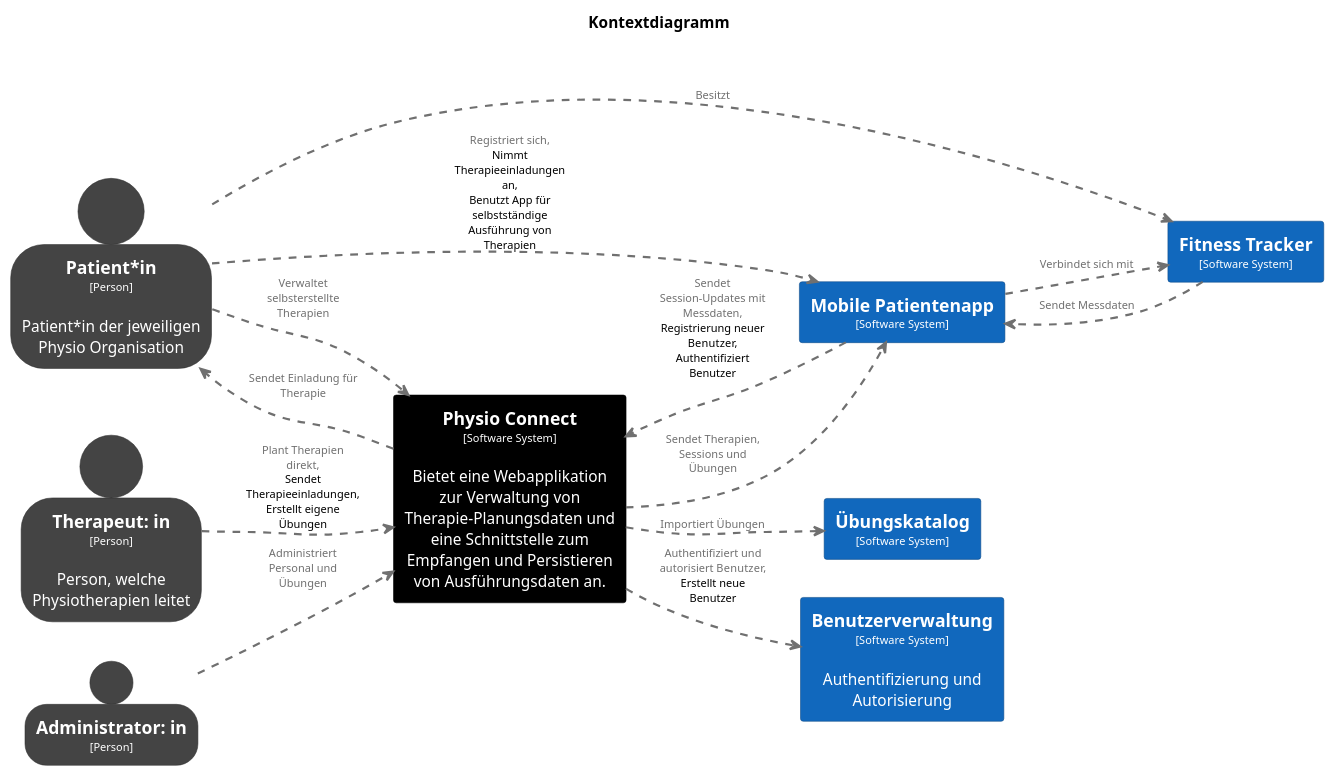
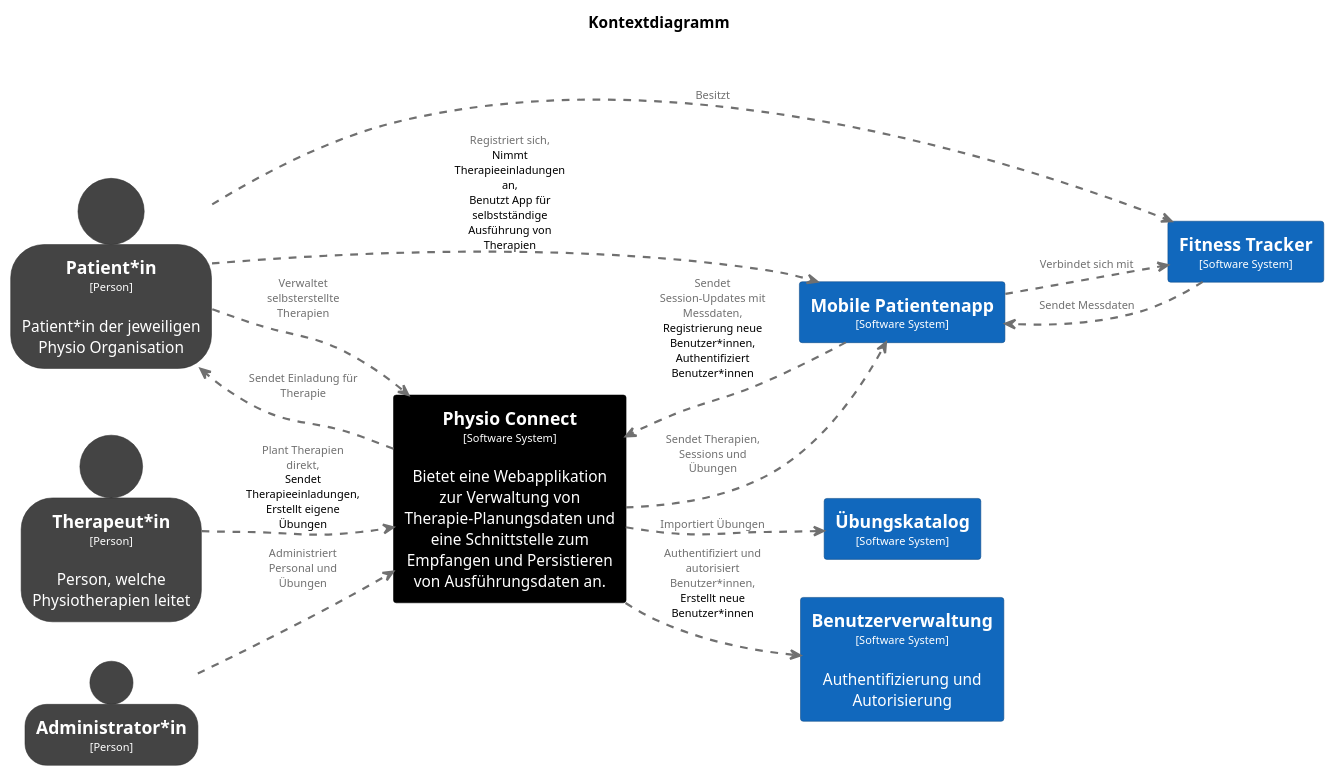
The diagram in arc42_documentation/additional_diagrams/context_diagram.puml (markuskaufmann/CAS_SA_Transfer), drawn with PlantUML before and after one commit. The commit also changed 1 other file, not shown here.

Commit message:
#39 gendered context diagram

```diff
--- a/arc42_documentation/additional_diagrams/context_diagram.puml
+++ b/arc42_documentation/additional_diagrams/context_diagram.puml
@@ -1,96 +1,96 @@
 @startuml
 title Kontextdiagramm
 
 left to right direction
 
 
 skinparam {
   shadowing false
   arrowFontSize 10
   defaultTextAlignment center
   wrapWidth 200
   maxMessageSize 100
 }
 
 hide stereotype
 
 skinparam person<<Administratorin>> {
   BackgroundColor #444444
   FontColor #ffffff
   BorderColor #2f2f2f
 }
 skinparam rectangle<<Benutzerverwaltung>> {
   BackgroundColor #1168bd
   FontColor #ffffff
   BorderColor #0b4884
 }
 skinparam rectangle<<FitnessTracker>> {
   BackgroundColor #1168bd
   FontColor #ffffff
   BorderColor #0b4884
 }
 skinparam rectangle<<MobilePatientenapp>> {
   BackgroundColor #1168bd
   FontColor #ffffff
   BorderColor #0b4884
 }
 skinparam person<<Patientin>> {
   BackgroundColor #444444
   FontColor #ffffff
   BorderColor #2f2f2f
 }
 skinparam rectangle<<PhysioConnect>> {
   BackgroundColor #000000
   FontColor #ffffff
   BorderColor #000000
 }
 skinparam person<<Therapeutin>> {
   BackgroundColor #444444
   FontColor #ffffff
   BorderColor #2f2f2f
 }
 skinparam rectangle<<Übungskatalog>> {
   BackgroundColor #1168bd
   FontColor #ffffff
   BorderColor #0b4884
 }
 
 
 skinparam PackageBorderColor<<enterprise>> #444444
 skinparam PackageFontColor<<enterprise>> #444444
 
 rectangle "==Physio Connect\n<size:10>[Software System]</size>\n\nBietet eine Webapplikation zur Verwaltung von Therapie-Planungsdaten und eine Schnittstelle zum Empfangen und Persistieren von Ausführungsdaten an." <<PhysioConnect>> as PhysioConnect
 rectangle "==Mobile Patientenapp\n<size:10>[Software System]</size>" <<MobilePatientenapp>> as MobilePatientenapp
 rectangle "==Übungskatalog\n<size:10>[Software System]</size>" <<Übungskatalog>> as Übungskatalog
 rectangle "==Benutzerverwaltung\n<size:10>[Software System]</size>\n\nAuthentifizierung und Autorisierung" <<Benutzerverwaltung>> as Benutzerverwaltung
 
 
 
 skinparam PackageBorderColor<<group:Patient>> #589fd8
 skinparam PackageFontColor<<group:Patient>> #589fd8
 
 person "==Patient*in\n<size:10>[Person]</size>\n\nPatient*in der jeweiligen Physio Organisation" <<Patientin>> as Patientin
 rectangle "==Fitness Tracker\n<size:10>[Software System]</size>" <<FitnessTracker>> as FitnessTracker
 
 
 skinparam PackageBorderColor<<group:Physiounternehmung>> #b6862e
 skinparam PackageFontColor<<group:Physiounternehmung>> #b6862e
 
-person "==Therapeut: in\n<size:10>[Person]</size>\n\nPerson, welche Physiotherapien leitet" <<Therapeutin>> as Therapeutin
-person "==Administrator: in\n<size:10>[Person]</size>" <<Administratorin>> as Administratorin
+person "==Therapeut*in\n<size:10>[Person]</size>\n\nPerson, welche Physiotherapien leitet" <<Therapeutin>> as Therapeutin
+person "==Administrator*in\n<size:10>[Person]</size>" <<Administratorin>> as Administratorin
 
 
 
 PhysioConnect .[#707070,thickness=2].> Patientin : "<color:#707070>Sendet Einladung für Therapie"
 Administratorin .[#707070,thickness=2].> PhysioConnect : "<color:#707070>Administriert Personal und Übungen"
 Therapeutin .[#707070,thickness=2].> PhysioConnect : "<color:#707070>Plant Therapien direkt,\nSendet Therapieeinladungen,\nErstellt eigene Übungen"
 Patientin .[#707070,thickness=2].> MobilePatientenapp : "<color:#707070>Registriert sich,\nNimmt Therapieeinladungen an,\nBenutzt App für selbstständige Ausführung von Therapien"
 Patientin .[#707070,thickness=2].> FitnessTracker : "<color:#707070>Besitzt"
 Patientin .[#707070,thickness=2]> PhysioConnect : "<color:#707070>Verwaltet selbsterstellte Therapien"
 MobilePatientenapp .[#707070,thickness=2].> FitnessTracker : "<color:#707070>Verbindet sich mit"
 FitnessTracker .[#707070,thickness=2].> MobilePatientenapp : "<color:#707070>Sendet Messdaten"
-MobilePatientenapp .[#707070,thickness=2].> PhysioConnect : "<color:#707070>Sendet Session-Updates mit Messdaten,\nRegistrierung neuer Benutzer,\nAuthentifiziert Benutzer"
+MobilePatientenapp .[#707070,thickness=2].> PhysioConnect : "<color:#707070>Sendet Session-Updates mit Messdaten,\nRegistrierung neue Benutzer*innen,\nAuthentifiziert Benutzer*innen"
 PhysioConnect .[#707070,thickness=2].> MobilePatientenapp : "<color:#707070>Sendet Therapien, Sessions und Übungen"
 PhysioConnect .[#707070,thickness=2].> Übungskatalog : "<color:#707070>Importiert Übungen"
-PhysioConnect .[#707070,thickness=2].> Benutzerverwaltung : "<color:#707070>Authentifiziert und autorisiert Benutzer,\nErstellt neue Benutzer"
+PhysioConnect .[#707070,thickness=2].> Benutzerverwaltung : "<color:#707070>Authentifiziert und autorisiert Benutzer*innen,\nErstellt neue Benutzer*innen"
 @enduml
```
